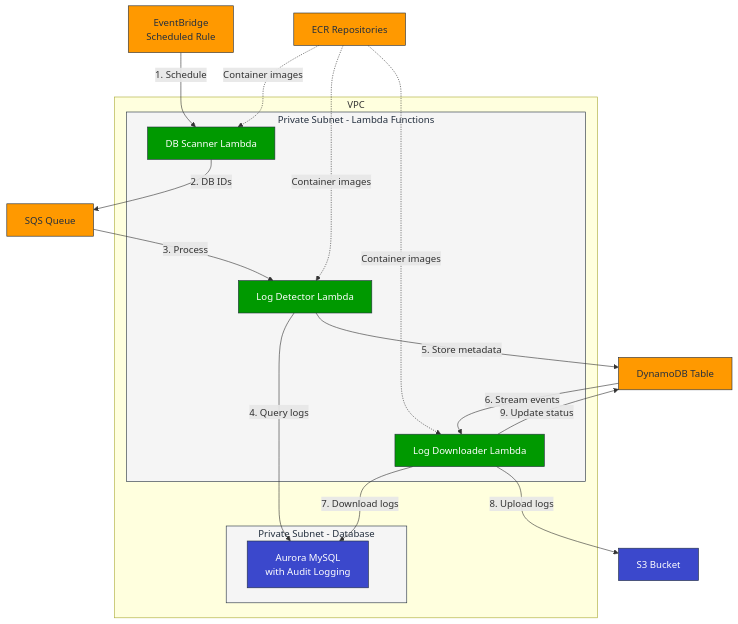
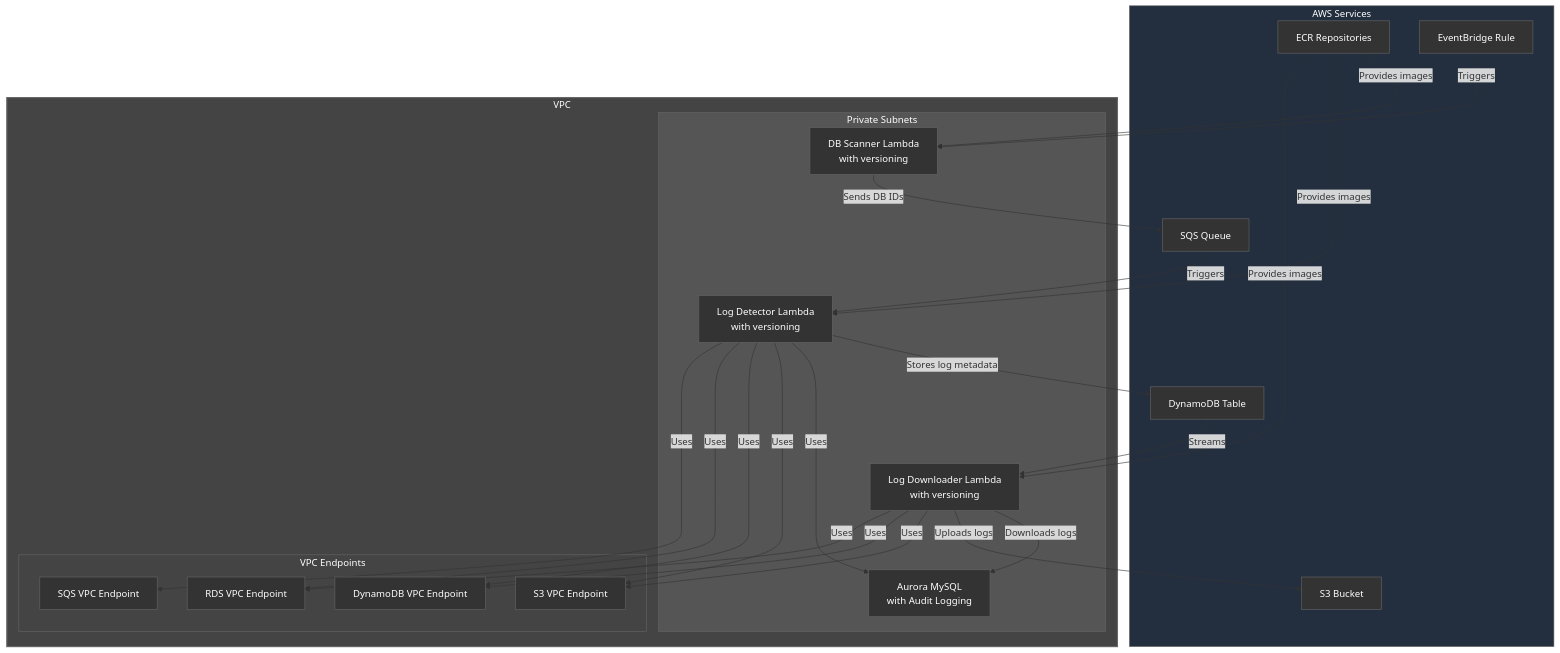
One commit to zhang1980s/aurora-audit-log-backup-lab changed the diagram in README.md. Above: the diagram before and after it, drawn with Mermaid.

Commit message:
Update mermaid diagram to match dark theme style with proper grouping

````diff
--- a/README.md
+++ b/README.md
@@ -15,51 +15,71 @@
 ```mermaid
-flowchart TB
-    %% AWS Services outside VPC
-    EventBridge["EventBridge\nScheduled Rule"]
-    SQS["SQS Queue"]
-    DynamoDB["DynamoDB Table"]
-    S3["S3 Bucket"]
-    ECR["ECR Repositories"]
+graph TD
+    %% Theme settings
+    classDef default fill:#333,stroke:#666,color:#fff
+    classDef awsService fill:#232F3E,stroke:#666,color:#fff
+    classDef vpc fill:#444,stroke:#666,color:#fff,stroke-width:2px
+    classDef subnet fill:#555,stroke:#666,color:#fff
+    classDef lambda fill:#333,stroke:#666,color:#fff
+    classDef endpoint fill:#444,stroke:#666,color:#fff
     
-    %% VPC and Subnets
-    subgraph VPC["VPC"]
-        subgraph LambdaSubnet["Private Subnet - Lambda Functions"]
-            Scanner["DB Scanner Lambda"]
-            Detector["Log Detector Lambda"]
-            Downloader["Log Downloader Lambda"]
+    %% AWS Services section
+    subgraph awsServices["AWS Services"]
+        ECR["ECR Repositories"]
+        EventBridge["EventBridge Rule"]
+        SQS["SQS Queue"]
+        DynamoDB["DynamoDB Table"]
+        S3Bucket["S3 Bucket"]
+    end
+    
+    %% VPC section
+    subgraph vpc["VPC"]
+        %% Private Subnets
+        subgraph privateSubnets["Private Subnets"]
+            DBScanner["DB Scanner Lambda\nwith versioning"]
+            LogDetector["Log Detector Lambda\nwith versioning"]
+            LogDownloader["Log Downloader Lambda\nwith versioning"]
+            Aurora["Aurora MySQL\nwith Audit Logging"]
         end
         
-        subgraph DBSubnet["Private Subnet - Database"]
-            Aurora["Aurora MySQL\nwith Audit Logging"]
+        %% VPC Endpoints
+        subgraph vpcEndpoints["VPC Endpoints"]
+            S3Endpoint["S3 VPC Endpoint"]
+            DynamoDBEndpoint["DynamoDB VPC Endpoint"]
+            RDSEndpoint["RDS VPC Endpoint"]
+            SQSEndpoint["SQS VPC Endpoint"]
         end
     end
     
-    %% Connections with numbered workflow
-    EventBridge -->|1. Schedule| Scanner
-    Scanner -->|2. DB IDs| SQS
-    SQS -->|3. Process| Detector
-    Detector -->|4. Query logs| Aurora
-    Detector -->|5. Store metadata| DynamoDB
-    DynamoDB -->|6. Stream events| Downloader
-    Downloader -->|7. Download logs| Aurora
-    Downloader -->|8. Upload logs| S3
-    Downloader -->|9. Update status| DynamoDB
+    %% Connections
+    ECR -- "Provides images" --> DBScanner
+    ECR -- "Provides images" --> LogDetector
+    ECR -- "Provides images" --> LogDownloader
     
-    %% Container images
-    ECR -.->|Container images| Scanner
-    ECR -.->|Container images| Detector
-    ECR -.->|Container images| Downloader
+    EventBridge -- "Triggers" --> DBScanner
+    DBScanner -- "Sends DB IDs" --> SQS
+    SQS -- "Triggers" --> LogDetector
     
-    %% Styling
-    classDef aws fill:#FF9900,stroke:#232F3E,color:#232F3E
-    classDef lambda fill:#009900,stroke:#232F3E,color:white
-    classDef database fill:#3B48CC,stroke:#232F3E,color:white
-    classDef storage fill:#3B48CC,stroke:#232F3E,color:white
-    classDef subnet fill:#F5F5F5,stroke:#232F3E,color:#232F3E
+    LogDetector -- "Stores log metadata" --> DynamoDB
+    DynamoDB -- "Streams" --> LogDownloader
     
-    class EventBridge,SQS,DynamoDB,ECR aws
-    class Scanner,Detector,Downloader lambda
-    class Aurora database
-    class S3 storage
-    class LambdaSubnet,DBSubnet subnet
+    LogDetector -- "Uses" --> Aurora
+    LogDownloader -- "Downloads logs" --> Aurora
+    LogDownloader -- "Uploads logs" --> S3Bucket
+    
+    %% VPC Endpoint connections
+    LogDetector -- "Uses" --> S3Endpoint
+    LogDetector -- "Uses" --> DynamoDBEndpoint
+    LogDetector -- "Uses" --> RDSEndpoint
+    LogDetector -- "Uses" --> SQSEndpoint
+    
+    LogDownloader -- "Uses" --> S3Endpoint
+    LogDownloader -- "Uses" --> DynamoDBEndpoint
+    LogDownloader -- "Uses" --> RDSEndpoint
+    
+    %% Apply classes
+    class awsServices awsService
+    class vpc vpc
+    class privateSubnets subnet
+    class vpcEndpoints endpoint
+    class DBScanner,LogDetector,LogDownloader lambda
 ```
````
